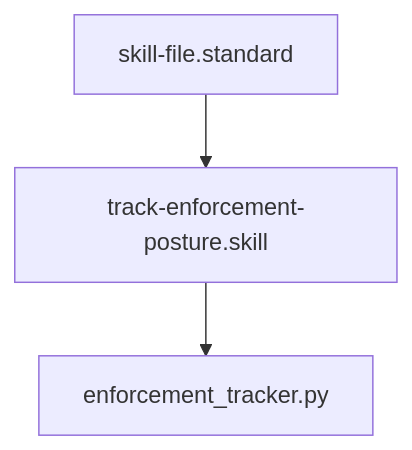
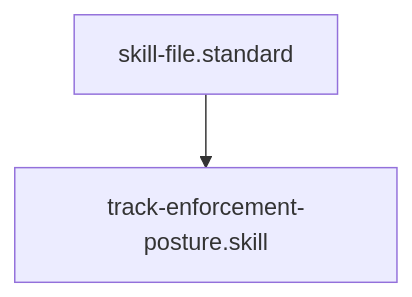
The diagram in skills/track-enforcement-posture.skill.md (Gizmo4Life/ai-kernel), drawn with Mermaid before and after one commit. The commit also changed other lines of this file and 89 other files, not shown here.

````diff
--- a/skills/track-enforcement-posture.skill.md
+++ b/skills/track-enforcement-posture.skill.md
@@ -23,5 +24,4 @@
 ```mermaid
 graph TD
     skill-file.standard --> track-enforcement-posture.skill
-    track-enforcement-posture.skill --> enforcement_tracker[enforcement_tracker.py]
 ```
````
